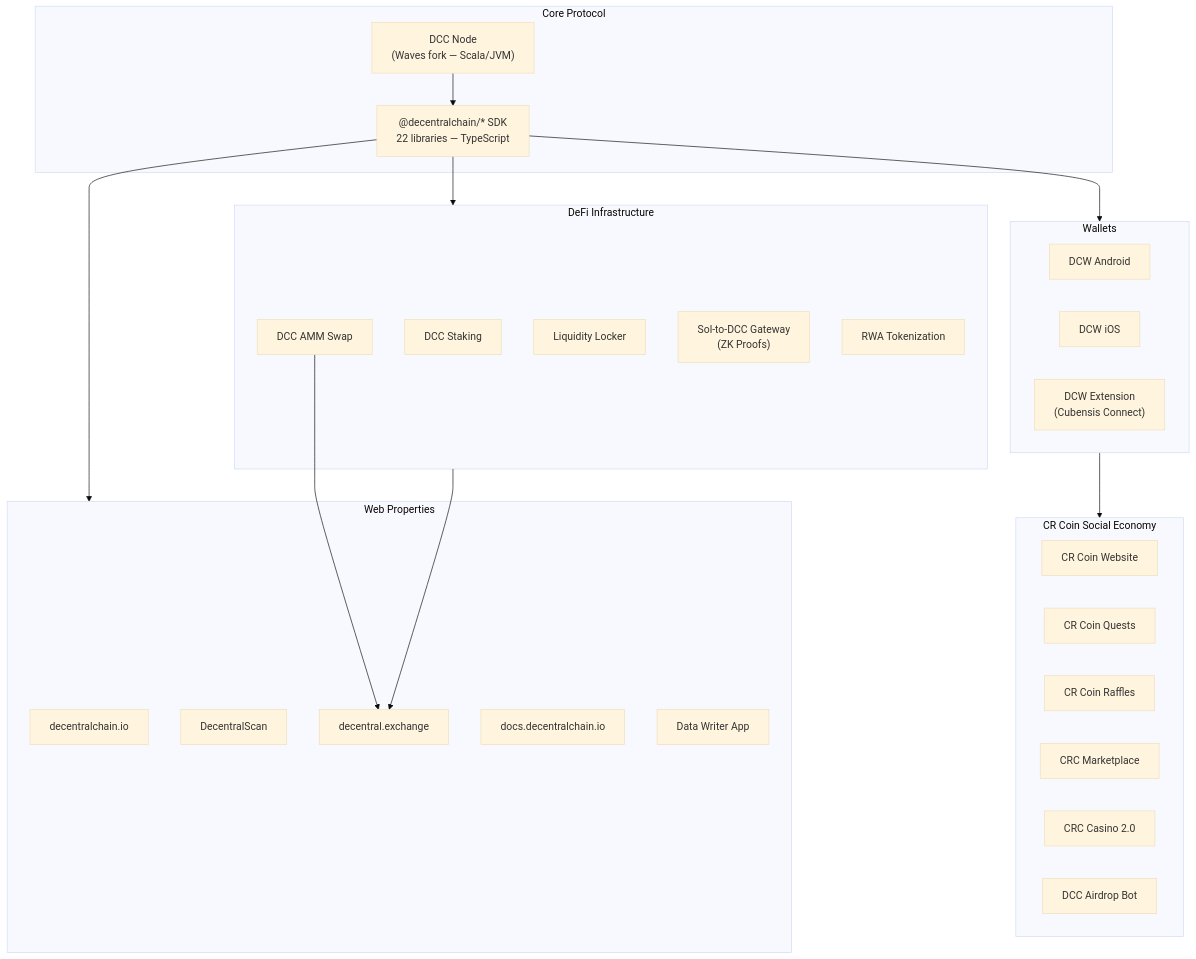
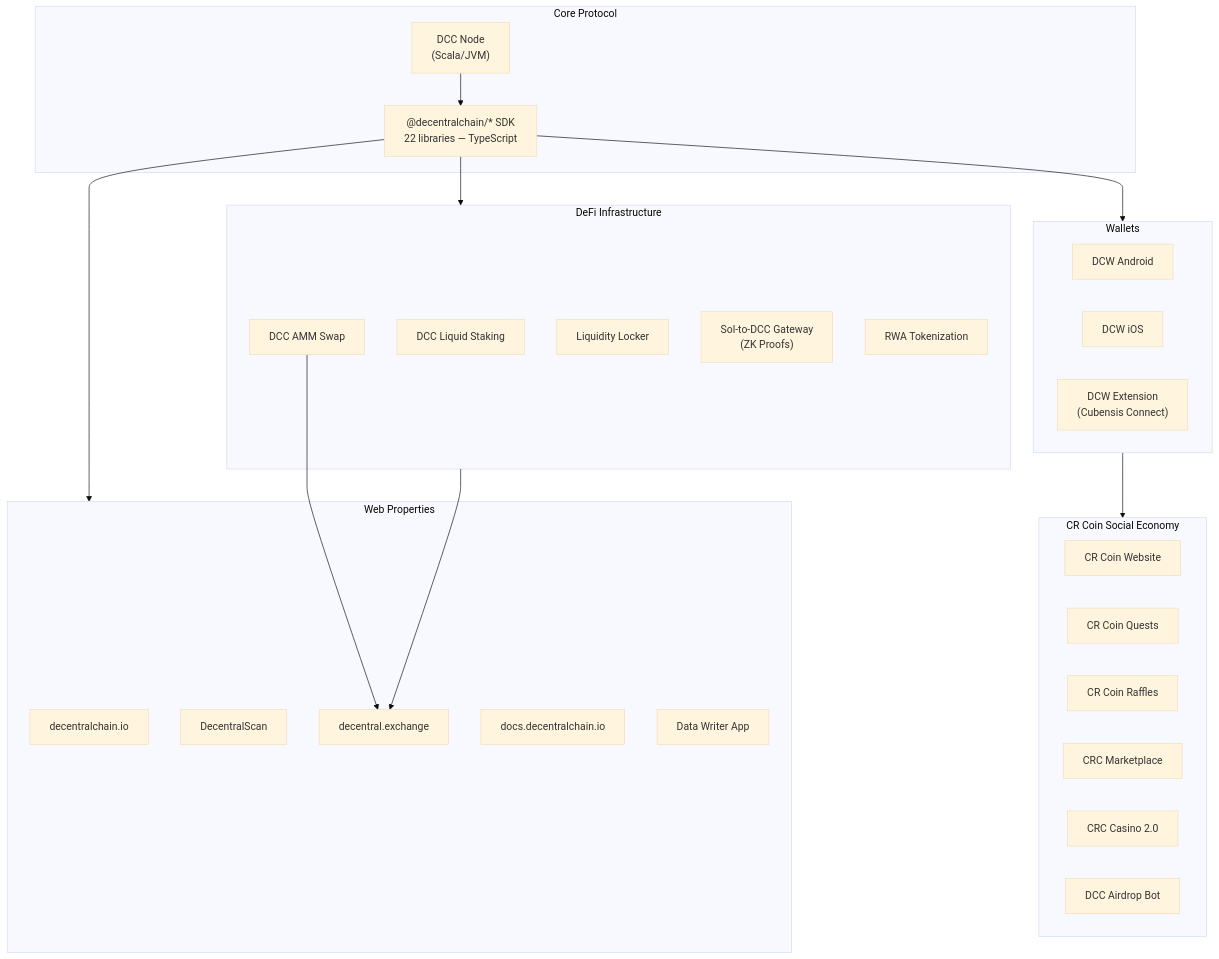
The second of 11 diagrams in ROADMAP.md (33imattei33/roadmap-project), drawn with Mermaid (base theme) before and after one commit. The commit also changed other lines of this file, not shown here.

First line of the commit message:
docs: rewrite roadmap with Phase 2/3 deadlines and remove upstream references

````diff
--- a/ROADMAP.md
+++ b/ROADMAP.md
@@ -57,46 +58,46 @@
 ```mermaid
 flowchart TB
     subgraph CORE["Core Protocol"]
-        NODE["DCC Node<br/>(Waves fork — Scala/JVM)"]
+        NODE["DCC Node<br/>(Scala/JVM)"]
         SDK["@decentralchain/* SDK<br/>22 libraries — TypeScript"]
     end
 
     subgraph WALLETS["Wallets"]
         DCW_A["DCW Android"]
         DCW_I["DCW iOS"]
         DCW_E["DCW Extension<br/>(Cubensis Connect)"]
     end
 
     subgraph DEFI["DeFi Infrastructure"]
         SWAP["DCC AMM Swap"]
-        STAKE["DCC Staking"]
+        STAKE["DCC Liquid Staking"]
         LOCK["Liquidity Locker"]
         GATEWAY["Sol-to-DCC Gateway<br/>(ZK Proofs)"]
         RWA["RWA Tokenization"]
     end
 
     subgraph CRCOIN["CR Coin Social Economy"]
         CRC_WEB["CR Coin Website"]
         QUESTS["CR Coin Quests"]
         RAFFLES["CR Coin Raffles"]
         MARKET["CRC Marketplace"]
         CASINO["CRC Casino 2.0"]
         AIRDROP["DCC Airdrop Bot"]
     end
 
     subgraph WEB["Web Properties"]
         WEBSITE["decentralchain.io"]
         SCAN["DecentralScan"]
         EXCHANGE["decentral.exchange"]
         DOCS["docs.decentralchain.io"]
         DATA["Data Writer App"]
     end
 
     NODE --> SDK
     SDK --> WALLETS
     SDK --> DEFI
     SDK --> WEB
     WALLETS --> CRCOIN
     DEFI --> EXCHANGE
     SWAP --> EXCHANGE
 ```
````
